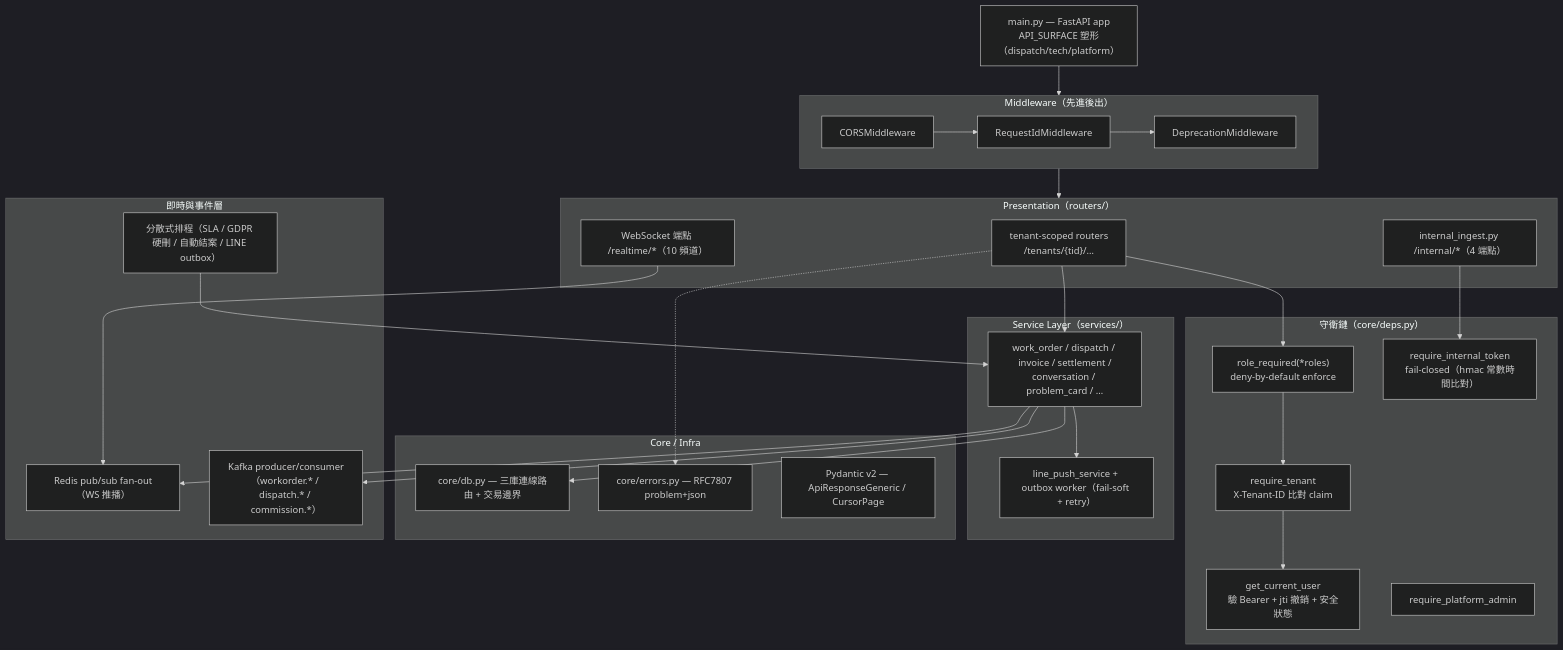
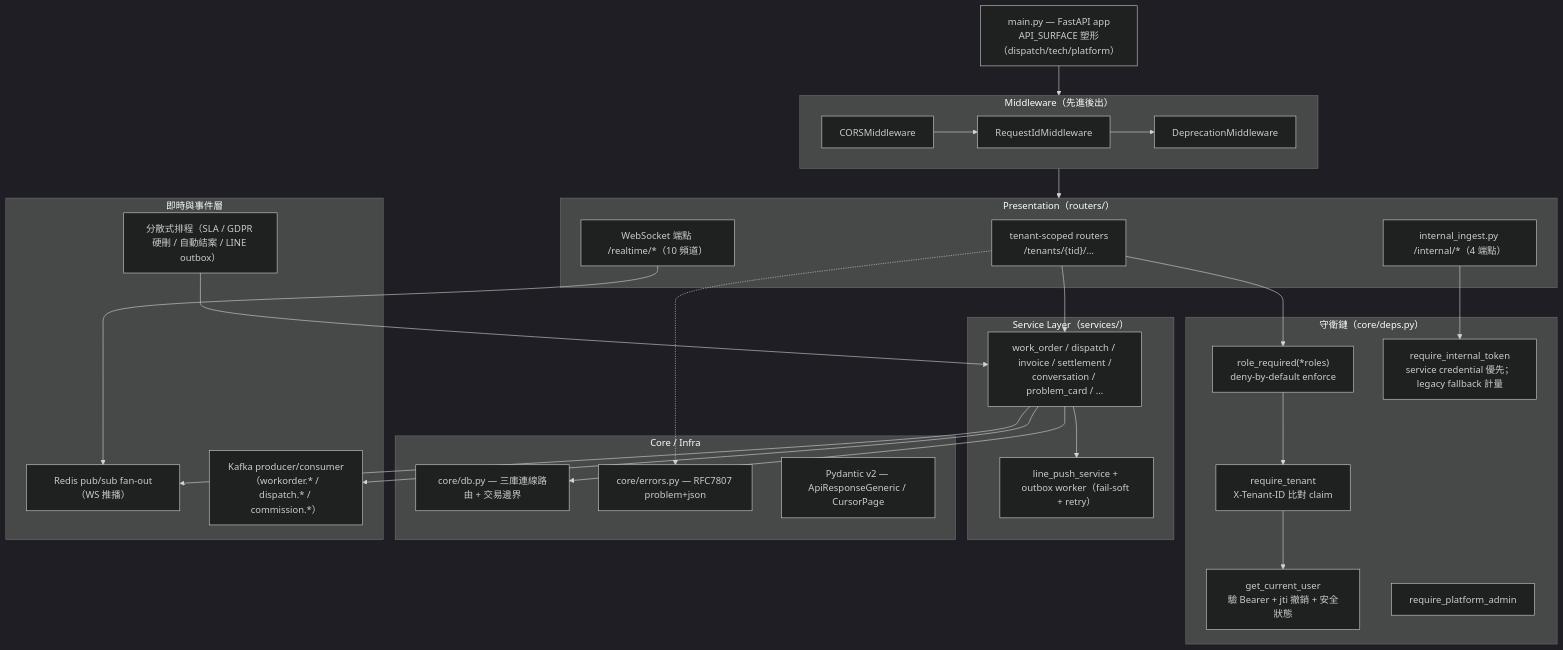
The fifth of 6 diagrams in smartlock-docs/enterprise/15_SDS.md (sunnyDataScience/Smart-Lock_AI_Support_Service_Dispatch_SaaS_Platform), drawn with Mermaid (dark theme) before and after one commit. The commit also changed other lines of this file and 173 other files, not shown here.

Commit message:
feat(cr-0190): implement plane architecture optimization

````diff
--- a/smartlock-docs/enterprise/15_SDS.md
+++ b/smartlock-docs/enterprise/15_SDS.md
@@ -434,43 +434,43 @@
 ```mermaid
 flowchart TD
     MAIN["main.py — FastAPI app<br/>API_SURFACE 塑形（dispatch/tech/platform）"]
     subgraph MW["Middleware（先進後出）"]
         CORS["CORSMiddleware"] --> REQID["RequestIdMiddleware"] --> DEP["DeprecationMiddleware"]
     end
     subgraph PRES["Presentation（routers/）"]
         R_V2["tenant-scoped routers<br/>/tenants/{tid}/…"]
         R_WS["WebSocket 端點 /realtime/*（10 頻道）"]
         R_INT["internal_ingest.py /internal/*（4 端點）"]
     end
     subgraph GUARD["守衛鏈（core/deps.py）"]
         G1["get_current_user<br/>驗 Bearer + jti 撤銷 + 安全狀態"]
         G2["require_tenant<br/>X-Tenant-ID 比對 claim"]
         G3["role_required(*roles)<br/>deny-by-default enforce"]
         G4["require_platform_admin"]
-        G5["require_internal_token<br/>fail-closed（hmac 常數時間比對）"]
+        G5["require_internal_token<br/>service credential 優先；legacy fallback 計量"]
     end
     subgraph APP["Service Layer（services/）"]
         SVC["work_order / dispatch / invoice / settlement /<br/>conversation / problem_card / …"]
         LINEOUT["line_push_service + outbox worker（fail-soft + retry）"]
     end
     subgraph CORE["Core / Infra"]
         DB["core/db.py — 三庫連線路由 + 交易邊界"]
         ERR["core/errors.py — RFC7807 problem+json"]
         MODELS["Pydantic v2 — ApiResponseGeneric / CursorPage"]
     end
     subgraph RTL["即時與事件層"]
         REDIS["Redis pub/sub fan-out（WS 推播）"]
         KAFKA["Kafka producer/consumer（workorder.* / dispatch.* / commission.*）"]
         SCHED["分散式排程（SLA / GDPR 硬刪 / 自動結案 / LINE outbox）"]
     end
     MAIN --> MW --> PRES
     R_V2 --> G3 --> G2 --> G1
     R_INT --> G5
     R_WS --> REDIS
     R_V2 --> SVC --> DB
     SVC --> REDIS
     SVC --> KAFKA
     SVC --> LINEOUT
     SCHED --> SVC
     R_V2 -.-> ERR
 ```
````
